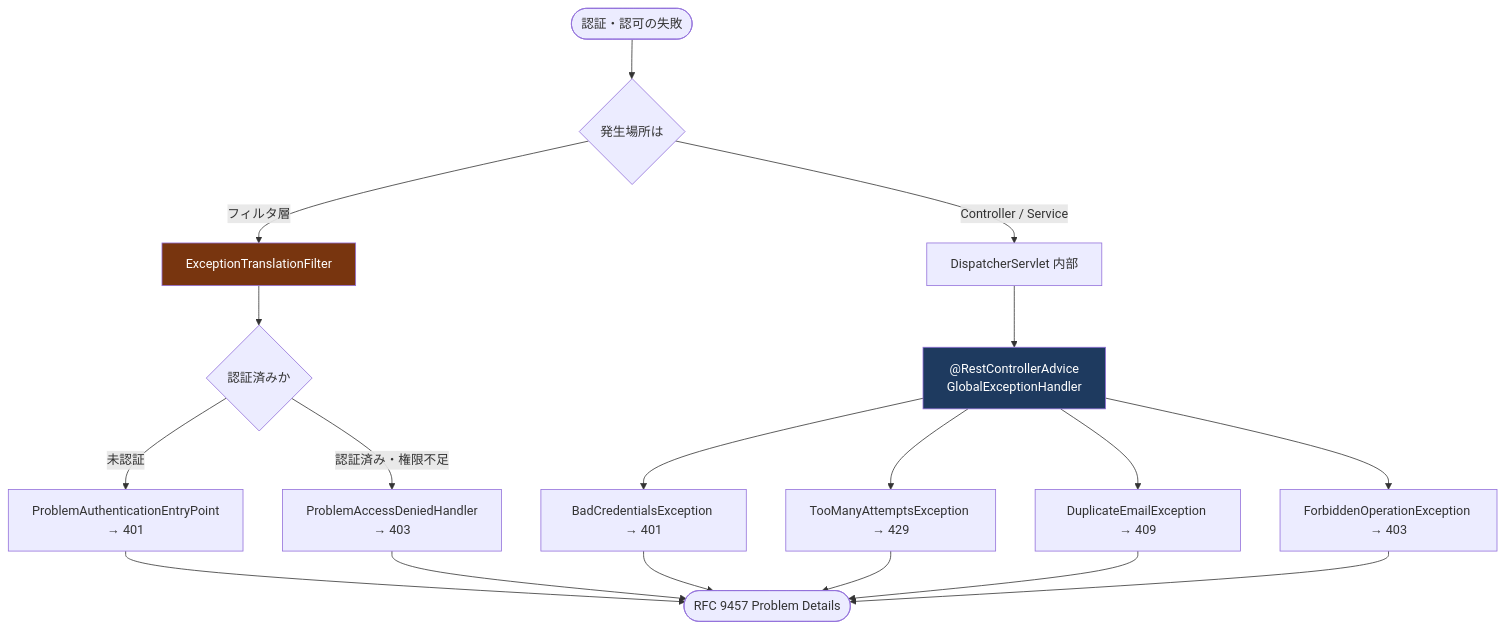
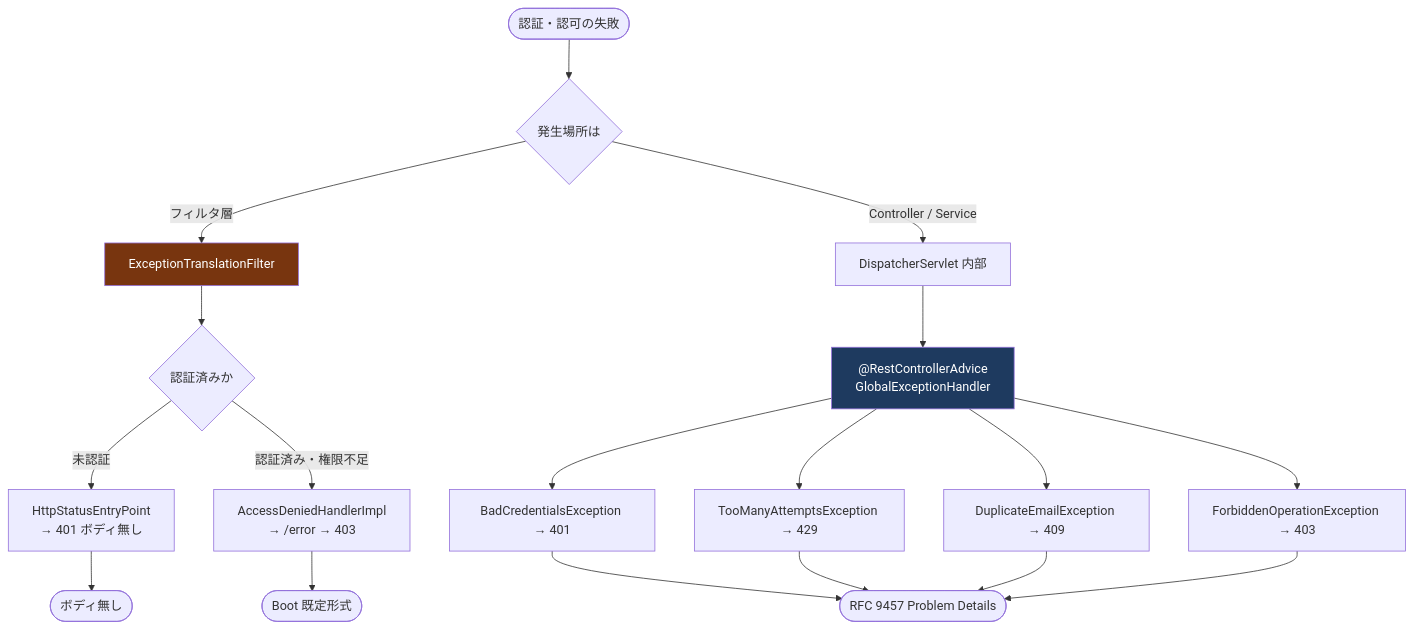
One commit to slcwr/space-reserve changed the sixth of 10 diagrams in docs/design/authentication-flow.md. Above: the diagram before and after it, drawn with Mermaid. The commit also changed other lines of this file and 13 other files, not shown here.

````diff
--- a/docs/design/authentication-flow.md
+++ b/docs/design/authentication-flow.md
@@ -223,27 +223,27 @@
 ```mermaid
 flowchart TD
     START([認証・認可の失敗]) --> Q{発生場所は}
 
     Q -->|フィルタ層| FT["ExceptionTranslationFilter"]
     Q -->|Controller / Service| DSP["DispatcherServlet 内部"]
 
     FT --> Q2{認証済みか}
-    Q2 -->|未認証| EP["ProblemAuthenticationEntryPoint<br/>→ 401"]
-    Q2 -->|認証済み・権限不足| ADH["ProblemAccessDeniedHandler<br/>→ 403"]
+    Q2 -->|未認証| EP["HttpStatusEntryPoint<br/>→ 401 ボディ無し"]
+    Q2 -->|認証済み・権限不足| ADH["AccessDeniedHandlerImpl<br/>→ /error → 403"]
 
     DSP --> GEH["@RestControllerAdvice<br/>GlobalExceptionHandler"]
     GEH --> R1["BadCredentialsException → 401"]
     GEH --> R2["TooManyAttemptsException → 429"]
     GEH --> R3["DuplicateEmailException → 409"]
     GEH --> R4["ForbiddenOperationException → 403"]
 
-    EP --> OUT([RFC 9457 Problem Details])
-    ADH --> OUT
-    R1 --> OUT
+    EP --> OUT2([ボディ無し])
+    ADH --> OUT3([Boot 既定形式])
+    R1 --> OUT([RFC 9457 Problem Details])
     R2 --> OUT
     R3 --> OUT
     R4 --> OUT
 
     style FT fill:#78350f,color:#fff
     style GEH fill:#1e3a5f,color:#fff
 ```
````
